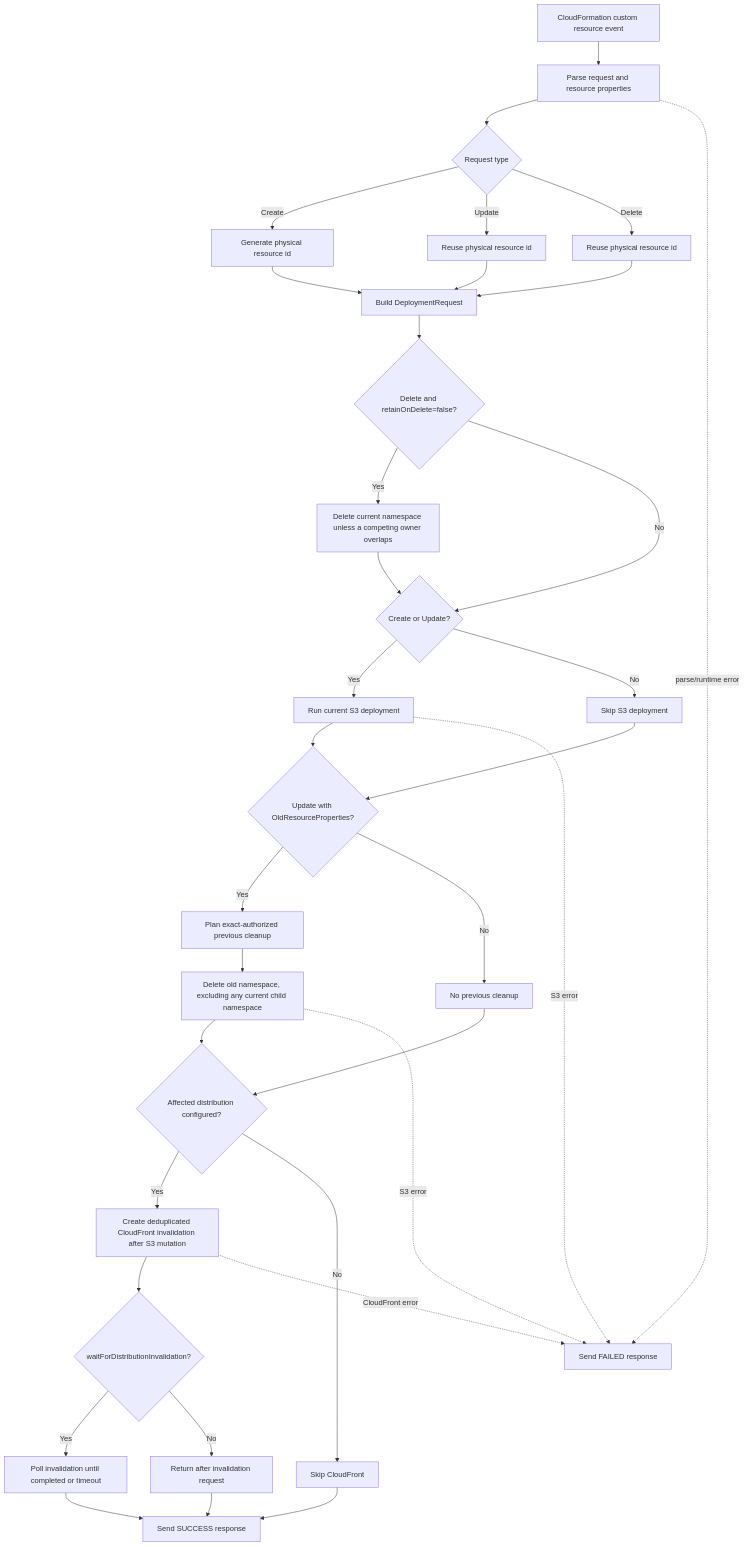
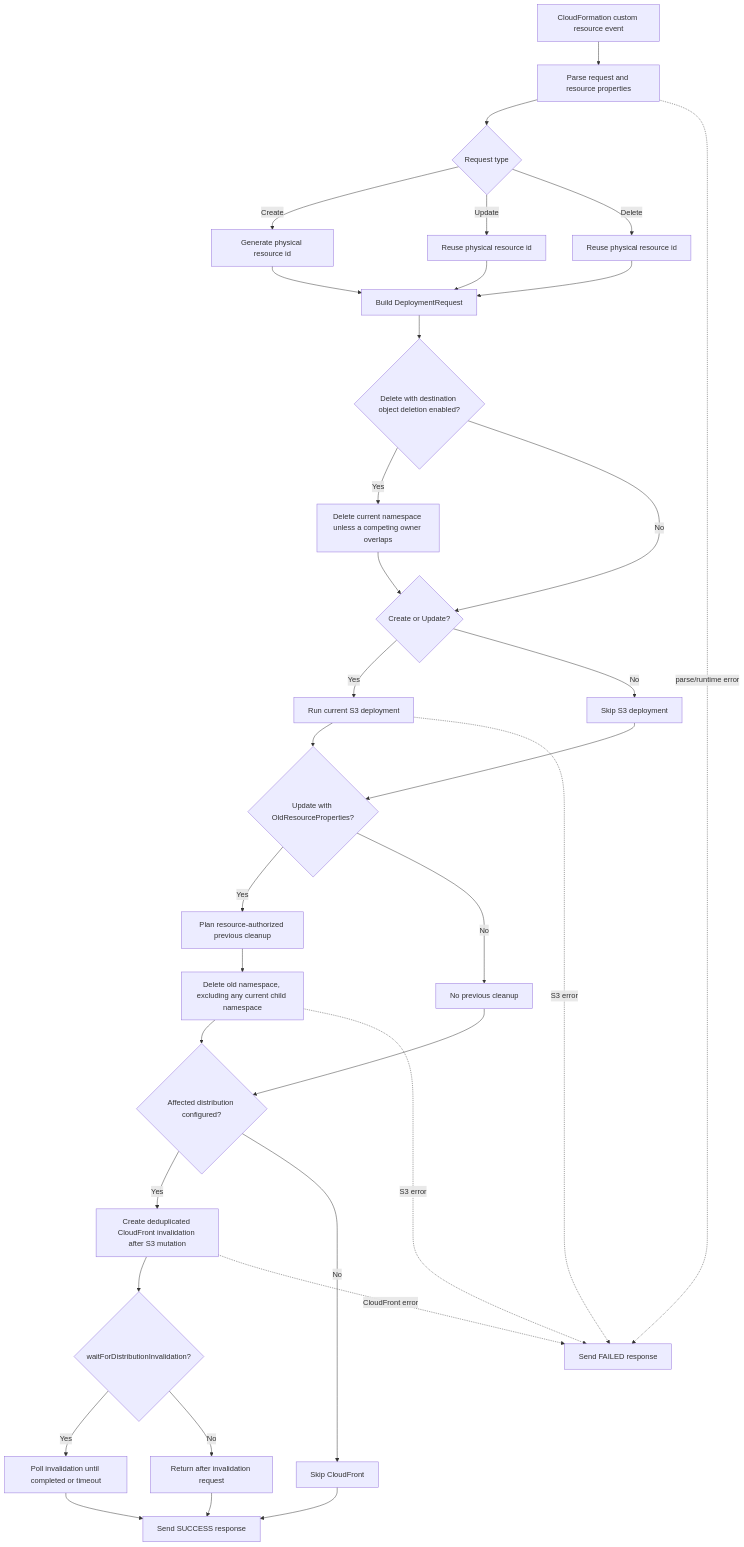
Before and after one commit to garysassano/shin-bucket-deployment: the first of 2 diagrams in docs/architecture.md, drawn with Mermaid. The commit also changed other lines of this file and 31 other files, not shown here.

````diff
--- a/docs/architecture.md
+++ b/docs/architecture.md
@@ -119,36 +119,36 @@
 ```mermaid
 flowchart TD
   A["CloudFormation custom resource event"] --> B["Parse request and resource properties"]
   B --> C{"Request type"}
   C -->|Create| D["Generate physical resource id"]
   C -->|Update| E["Reuse physical resource id"]
   C -->|Delete| F["Reuse physical resource id"]
   D --> G["Build DeploymentRequest"]
   E --> G
   F --> G
-  G --> H{"Delete and retainOnDelete=false?"}
+  G --> H{"Delete with destination object deletion enabled?"}
   H -->|Yes| I["Delete current namespace unless a competing owner overlaps"]
   H -->|No| J{"Create or Update?"}
   I --> J
   J -->|Yes| K["Run current S3 deployment"]
   J -->|No| L["Skip S3 deployment"]
   K --> M{"Update with OldResourceProperties?"}
   L --> M
-  M -->|Yes| N["Plan exact-authorized previous cleanup"]
+  M -->|Yes| N["Plan resource-authorized previous cleanup"]
   M -->|No| O["No previous cleanup"]
   N --> P["Delete old namespace, excluding any current child namespace"]
   P --> Q{"Affected distribution configured?"}
   O --> Q
   Q -->|Yes| R["Create deduplicated CloudFront invalidation after S3 mutation"]
   Q -->|No| S["Skip CloudFront"]
   R --> T{"waitForDistributionInvalidation?"}
   T -->|Yes| U["Poll invalidation until completed or timeout"]
   T -->|No| V["Return after invalidation request"]
   S --> W["Send SUCCESS response"]
   U --> W
   V --> W
   B -. "parse/runtime error" .-> X["Send FAILED response"]
   K -. "S3 error" .-> X
   P -. "S3 error" .-> X
   R -. "CloudFront error" .-> X
 ```
````
